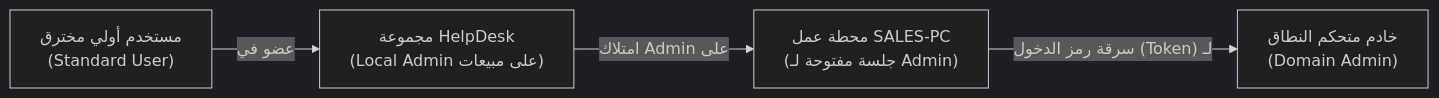
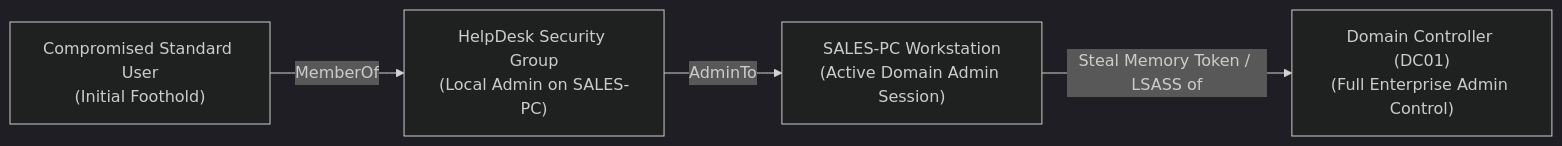
One commit to 3bdo-fathi/3bdo-fathi.github.io changed the first of 3 diagrams in _posts/2026-11-12-ecppt-v3-part-4-active-directory-penetration-testing.md. Above: the diagram before and after it, drawn with Mermaid (dark theme). The commit also changed other lines of this file and 11 other files, not shown here.

````diff
--- a/_posts/2026-11-12-ecppt-v3-part-4-active-directory-penetration-testing.md
+++ b/_posts/2026-11-12-ecppt-v3-part-4-active-directory-penetration-testing.md
@@ -78,11 +78,11 @@
 ```mermaid
 flowchart LR
-    Compromised["مستخدم أولي مخترق<br/>(Standard User)"]
-    LocalGroup["مجموعة HelpDesk<br/>(Local Admin على مبيعات)"]
-    Workstation["محطة عمل SALES-PC<br/>(جلسة مفتوحة لـ Admin)"]
-    DomainAdmin["خادم متحكم النطاق<br/>(Domain Admin)"]
+    Compromised["Compromised Standard User<br/>(Initial Foothold)"]
+    LocalGroup["HelpDesk Security Group<br/>(Local Admin on SALES-PC)"]
+    Workstation["SALES-PC Workstation<br/>(Active Domain Admin Session)"]
+    DomainAdmin["Domain Controller (DC01)<br/>(Full Enterprise Admin Control)"]
     
-    Compromised -- "عضو في" --> LocalGroup
-    LocalGroup -- "امتلاك Admin على" --> Workstation
-    Workstation -- "سرقة رمز الدخول (Token) لـ" --> DomainAdmin
+    Compromised -- "MemberOf" --> LocalGroup
+    LocalGroup -- "AdminTo" --> Workstation
+    Workstation -- "Steal Memory Token / LSASS of" --> DomainAdmin
 ```
````
